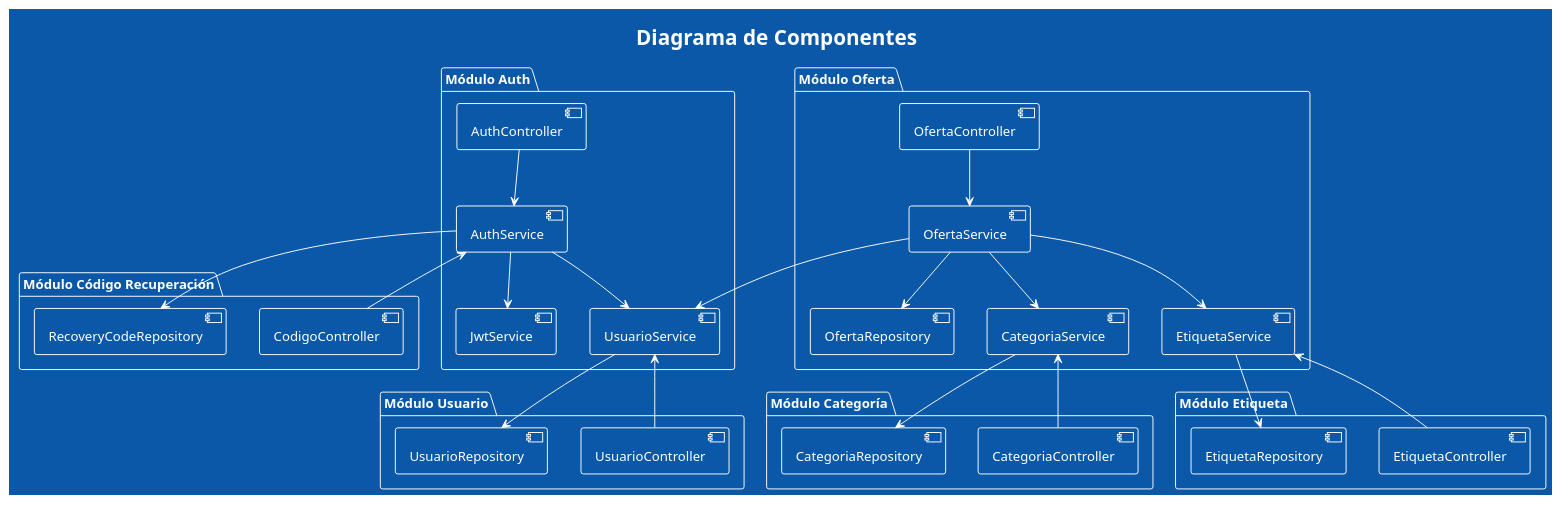
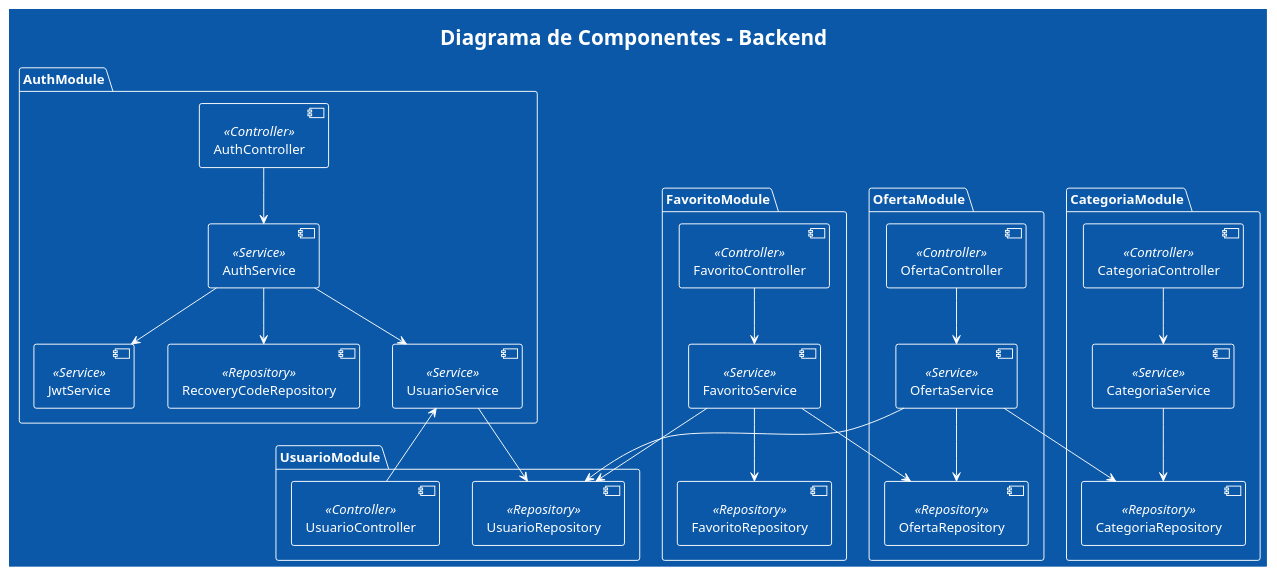
Before and after one commit to Nando698/trueque-app-backend: the diagram in puml/componentes/componentes.puml, drawn with PlantUML. The commit also changed 69 other files, not shown here.

```diff
--- a/puml/componentes/componentes.puml
+++ b/puml/componentes/componentes.puml
@@ -1,40 +1,69 @@
-@startuml 
+@startuml
 !theme amiga
-title Diagrama de Componentes
+title Diagrama de Componentes – Backend
 
-package "Módulo Auth" {
-  [AuthController] --> [AuthService]
-  [AuthService] --> [JwtService]
-  [AuthService] --> [UsuarioService]
+' Módulo Auth
+package "AuthModule" {
+  [AuthController]         <<Controller>>
+  [AuthService]            <<Service>>
+  [JwtService]             <<Service>>
+  [RecoveryCodeRepository] <<Repository>>
+  [UsuarioService]         <<Service>>
+
+  AuthController --> AuthService
+  AuthService    --> JwtService
+  AuthService    --> RecoveryCodeRepository
+  AuthService    --> UsuarioService
 }
 
-package "Módulo Usuario" {
-  [UsuarioController] --> [UsuarioService]
-  [UsuarioService] --> [UsuarioRepository]
+' Módulo Usuario
+package "UsuarioModule" {
+  [UsuarioController] <<Controller>>
+  [UsuarioService]    <<Service>>
+  [UsuarioRepository] <<Repository>>
+
+  UsuarioController --> UsuarioService
+  UsuarioService    --> UsuarioRepository
 }
 
-package "Módulo Oferta" {
-  [OfertaController] --> [OfertaService]
-  [OfertaService] --> [OfertaRepository]
-  [OfertaService] --> [UsuarioService]
-  [OfertaService] --> [CategoriaService]
-  [OfertaService] --> [EtiquetaService]
+' Módulo Categoría
+package "CategoriaModule" {
+  [CategoriaController] <<Controller>>
+  [CategoriaService]    <<Service>>
+  [CategoriaRepository] <<Repository>>
+
+  CategoriaController --> CategoriaService
+  CategoriaService    --> CategoriaRepository
 }
 
-package "Módulo Categoría" {
-  [CategoriaController] --> [CategoriaService]
-  [CategoriaService] --> [CategoriaRepository]
+' Módulo Oferta
+package "OfertaModule" {
+  [OfertaController] <<Controller>>
+  [OfertaService]    <<Service>>
+  [OfertaRepository] <<Repository>>
+  [UsuarioRepository] <<Repository>>
+  [CategoriaRepository] <<Repository>>
+
+  OfertaController --> OfertaService
+  OfertaService    --> OfertaRepository
+  OfertaService    --> UsuarioRepository
+  OfertaService    --> CategoriaRepository
 }
 
-package "Módulo Etiqueta" {
-  [EtiquetaController] --> [EtiquetaService]
-  [EtiquetaService] --> [EtiquetaRepository]
-}
+' Módulo Favorito
+package "FavoritoModule" {
+  [FavoritoController] <<Controller>>
+  [FavoritoService]    <<Service>>
+  [FavoritoRepository] <<Repository>>
+  [UsuarioRepository]  <<Repository>>
+  [OfertaRepository]   <<Repository>>
 
-package "Módulo Código Recuperación" {
-  [CodigoController] --> [AuthService]
-  [AuthService] --> [RecoveryCodeRepository]
+  FavoritoController --> FavoritoService
+  FavoritoService    --> FavoritoRepository
+  FavoritoService    --> UsuarioRepository
+  FavoritoService    --> OfertaRepository
 }
 
 
+
 @enduml
```
